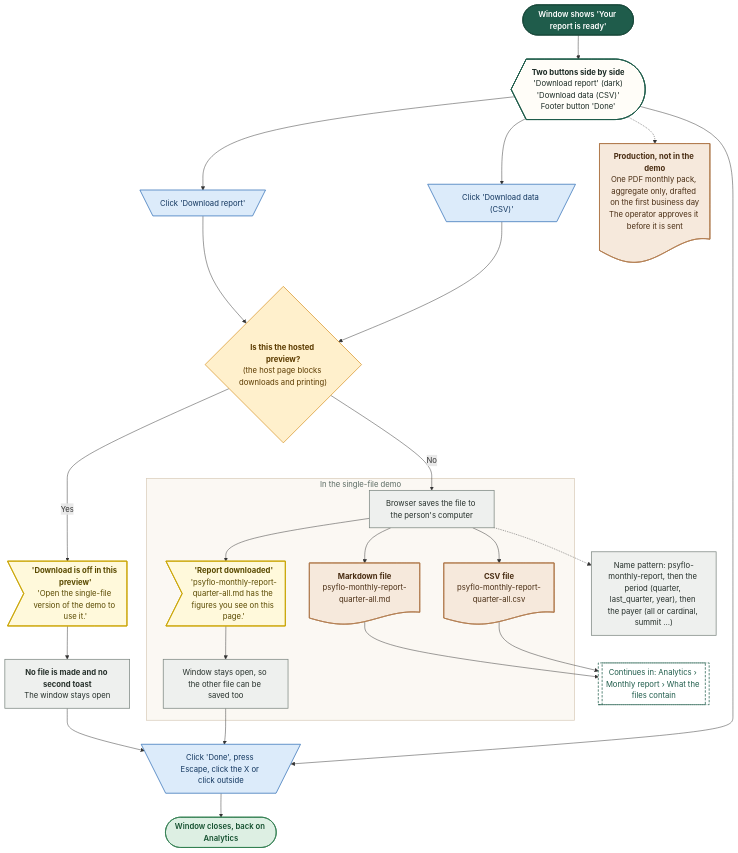
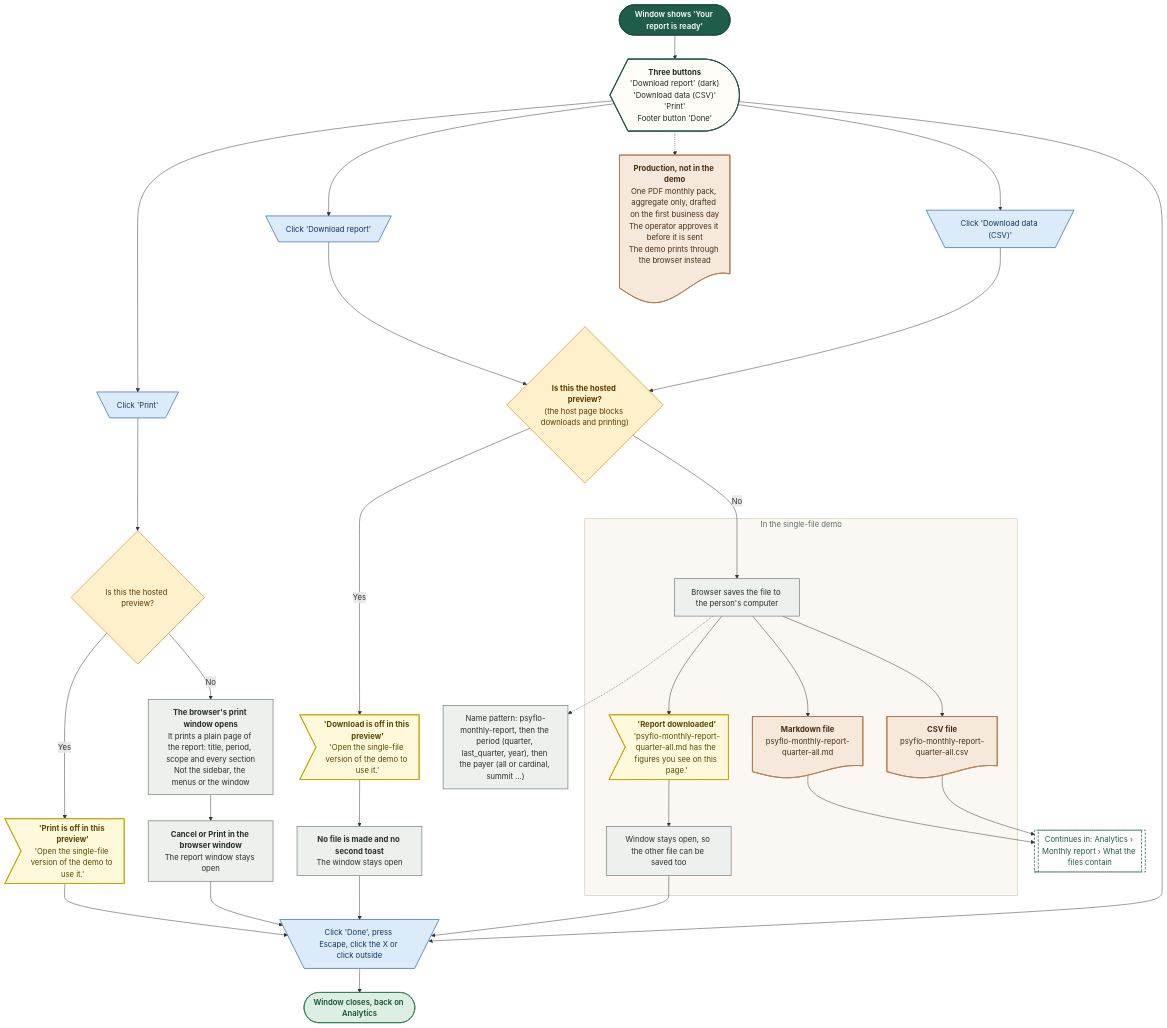
One commit to Shrav143/psyfloapp changed the eighth of 9 diagrams in demos/prior-auth-demo/workflows/out/md/08-analytics.md. Above: the diagram before and after it, drawn with Mermaid. The commit also changed other lines of this file and 195 other files, not shown here.

First line of the commit message:
docs: Rebuild workflow diagrams after the demo fixes (220 diagrams)

````diff
--- a/demos/prior-auth-demo/workflows/out/md/08-analytics.md
+++ b/demos/prior-auth-demo/workflows/out/md/08-analytics.md
@@ -481,60 +571,68 @@
 ```mermaid
 %%{init: {"theme":"base","themeVariables":{"fontFamily":"'DM Sans', 'Segoe UI', system-ui, sans-serif","fontSize":"15px","lineColor":"#5B6B63","primaryTextColor":"#1C2B25","clusterBkg":"#FBF8F3","clusterBorder":"#D9CDBB","edgeLabelBackground":"#FFFFFF"},"flowchart":{"curve":"basis","nodeSpacing":36,"rankSpacing":48,"padding":12,"htmlLabels":true,"useMaxWidth":false,"wrappingWidth":230}} }%%
 flowchart TD
   classDef k_start fill:#1F5C4B,stroke:#174638,color:#FFFFFF,stroke-width:1.5px,font-weight:600
   classDef k_end fill:#DDEFE3,stroke:#2E7D4F,color:#14502F,stroke-width:1.5px,font-weight:600
   classDef k_endx fill:#FBE3E0,stroke:#C0392B,color:#7A1F16,stroke-width:1.5px,font-weight:600
   classDef k_screen fill:#FFFDF8,stroke:#1F5C4B,color:#1C2B25,stroke-width:2px
   classDef k_overlay fill:#F1F7F3,stroke:#1F5C4B,color:#1C2B25,stroke-width:2px,stroke-dasharray:5 3
   classDef k_click fill:#DCEBFA,stroke:#2F6DB5,color:#12365F,stroke-width:1.5px
   classDef k_input fill:#E4E7FF,stroke:#4C5FD5,color:#1D2670,stroke-width:1.5px
   classDef k_process fill:#EEF0EE,stroke:#7A857F,color:#26302B,stroke-width:1.5px
   classDef k_agent fill:#EEE5FA,stroke:#7A4FC2,color:#341A63,stroke-width:1.5px
   classDef k_decision fill:#FFF0CC,stroke:#D9962B,color:#5C3B00,stroke-width:1.5px
   classDef k_store fill:#D5F0EA,stroke:#1C8E7B,color:#0B4A3F,stroke-width:1.5px
   classDef k_doc fill:#F6E9DC,stroke:#B07A4C,color:#4A2E14,stroke-width:1.5px
   classDef k_ext fill:#FFE6D2,stroke:#E07B39,color:#6B2F06,stroke-width:1.5px
   classDef k_wait fill:#E4E8EE,stroke:#6B7C93,color:#26303D,stroke-width:1.5px
   classDef k_toast fill:#FFF9DB,stroke:#C9A400,color:#5A4A00,stroke-width:1.5px
   classDef k_goto fill:#FFFFFF,stroke:#1F5C4B,color:#1F5C4B,stroke-width:1.5px,stroke-dasharray:5 3
   s1@{ shape: stadium, label: "Window shows 'Your report is ready'" }
-  sc@{ shape: curv-trap, label: "<b>Two buttons side by side</b><br/>'Download report' (dark)<br/>'Download data (CSV)'<br/>Footer button 'Done'" }
+  sc@{ shape: curv-trap, label: "<b>Three buttons</b><br/>'Download report' (dark)<br/>'Download data (CSV)'<br/>'Print'<br/>Footer button 'Done'" }
   c1@{ shape: trap-t, label: "Click 'Download report'" }
   c2@{ shape: trap-t, label: "Click 'Download data (CSV)'" }
+  c3@{ shape: trap-t, label: "Click 'Print'" }
+  q2@{ shape: diam, label: "Is this the hosted preview?" }
+  t3@{ shape: odd, label: "<b>'Print is off in this preview'</b><br/>'Open the single-file version of the demo to use it.'" }
+  pp@{ shape: rect, label: "<b>The browser's print window opens</b><br/>It prints a plain page of the report: title, period, scope and every section<br/>Not the sidebar, the menus or the window" }
+  pq@{ shape: rect, label: "<b>Cancel or Print in the browser window</b><br/>The report window stays open" }
   q1@{ shape: diam, label: "<b>Is this the hosted preview?</b><br/>(the host page blocks downloads and printing)" }
   t1@{ shape: odd, label: "<b>'Download is off in this preview'</b><br/>'Open the single-file version of the demo to use it.'" }
   p0@{ shape: rect, label: "<b>No file is made and no second toast</b><br/>The window stays open" }
   subgraph gFile ["In the single-file demo"]
   f1@{ shape: doc, label: "<b>Markdown file</b><br/>psyflo-monthly-report-quarter-all.md" }
   f2@{ shape: doc, label: "<b>CSV file</b><br/>psyflo-monthly-report-quarter-all.csv" }
   p1@{ shape: rect, label: "Browser saves the file to the person's computer" }
   t2@{ shape: odd, label: "<b>'Report downloaded'</b><br/>'psyflo-monthly-report-quarter-all.md has the figures you see on this page.'" }
   p2@{ shape: rect, label: "Window stays open, so the other file can be saved too" }
   end
   n1@{ shape: rect, label: "Name pattern: psyflo-monthly-report, then the period (quarter, last_quarter, year), then the payer (all or cardinal, summit ...)" }
-  d1@{ shape: doc, label: "<b>Production, not in the demo</b><br/>One PDF monthly pack, aggregate only, drafted on the first business day<br/>The operator approves it before it is sent" }
+  d1@{ shape: doc, label: "<b>Production, not in the demo</b><br/>One PDF monthly pack, aggregate only, drafted on the first business day<br/>The operator approves it before it is sent<br/>The demo prints through the browser instead" }
   k1@{ shape: trap-t, label: "Click 'Done', press Escape, click the X or click outside" }
   e1@{ shape: stadium, label: "Window closes, back on Analytics" }
   g1@{ shape: subproc, label: "Continues in: Analytics › Monthly report › What the files contain" }
   s1 --> sc
-  sc --> c1 & c2
+  sc --> c1 & c2 & c3
+  c3 --> q2
+  q2 -->|"Yes"| t3 --> k1
+  q2 -->|"No"| pp --> pq --> k1
   c1 & c2 --> q1
   q1 -->|"Yes"| t1 --> p0 --> k1
   q1 -->|"No"| p1 --> t2 --> p2 --> k1
   p1 --> f1 & f2
   p1 -.-> n1
   f1 & f2 --> g1
   sc --> k1
   k1 --> e1
   sc -.-> d1
   class s1 k_start
   class sc k_screen
-  class c1,c2,k1 k_click
-  class q1 k_decision
-  class t1,t2 k_toast
-  class p0,p1,p2,n1 k_process
+  class c1,c2,c3,k1 k_click
+  class q2,q1 k_decision
+  class t3,t1,t2 k_toast
+  class pp,pq,p0,p1,p2,n1 k_process
   class f1,f2,d1 k_doc
   class e1 k_end
   class g1 k_goto
   style gFile fill:#FBF8F3,stroke:#D9CDBB,stroke-width:1.5px,color:#5B6B63
 ```
````
